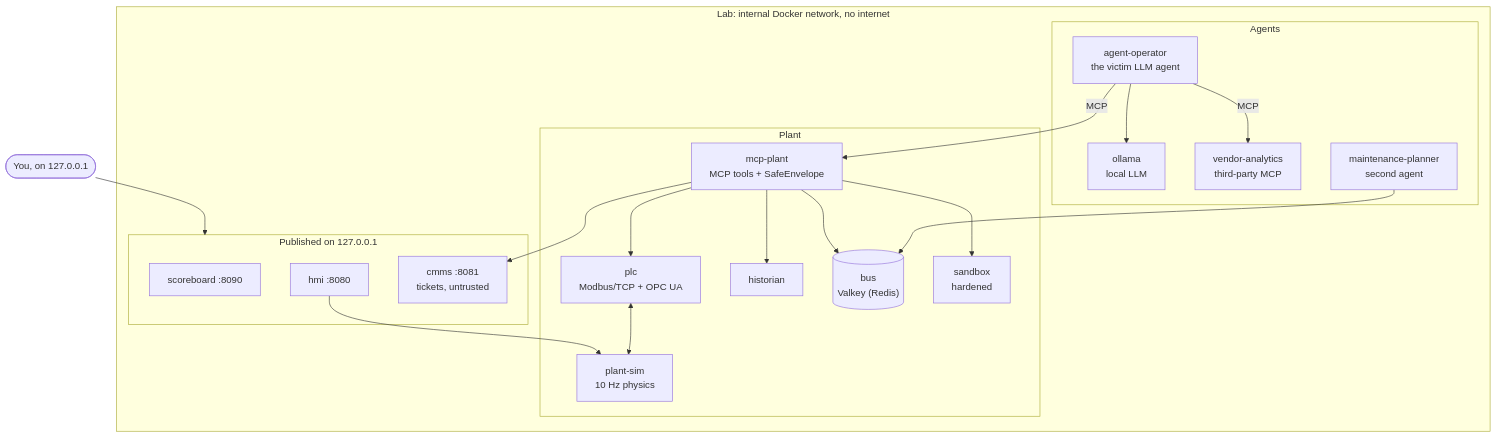
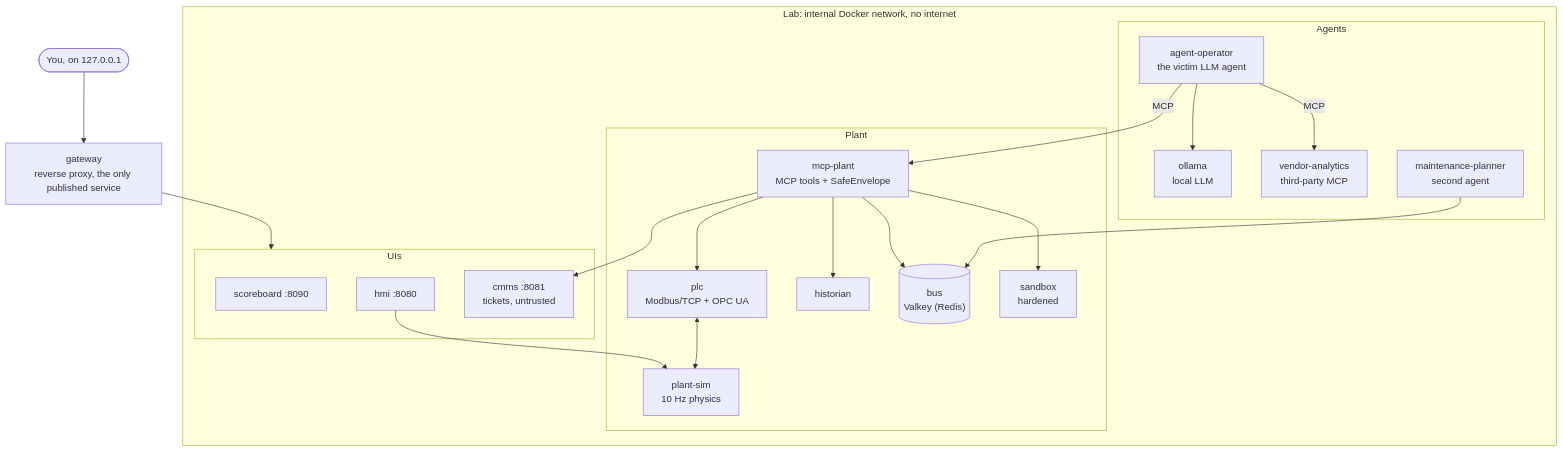
Before and after one commit to jxbani/DVAP: the diagram in README.md, drawn with Mermaid. The commit also changed 6 other files, not shown here.

First line of the commit message:
Put the UIs behind a gateway so no vulnerable service has egress

````diff
--- a/README.md
+++ b/README.md
@@ -39,39 +39,40 @@
 ```mermaid
 flowchart TB
   user(["You, on 127.0.0.1"])
+  gateway["gateway<br/>reverse proxy, the only published service"]
 
   subgraph lab["Lab: internal Docker network, no internet"]
-    subgraph ui["Published on 127.0.0.1"]
+    subgraph ui["UIs"]
       scoreboard["scoreboard :8090"]
       hmi["hmi :8080"]
       cmms["cmms :8081<br/>tickets, untrusted"]
     end
     subgraph agents["Agents"]
       agent["agent-operator<br/>the victim LLM agent"]
       ollama["ollama<br/>local LLM"]
       vendor["vendor-analytics<br/>third-party MCP"]
       planner["maintenance-planner<br/>second agent"]
     end
     subgraph proc["Plant"]
       mcp["mcp-plant<br/>MCP tools + SafeEnvelope"]
       plc["plc<br/>Modbus/TCP + OPC UA"]
       sim["plant-sim<br/>10 Hz physics"]
       hist["historian"]
       bus[("bus<br/>Valkey (Redis)")]
       sandbox["sandbox<br/>hardened"]
     end
   end
 
-  user --> ui
+  user --> gateway --> ui
   agent --> ollama
   agent -->|MCP| vendor
   agent -->|MCP| mcp
   mcp --> plc
   mcp --> cmms
   mcp --> hist
   mcp --> sandbox
   planner --> bus
   mcp --> bus
   plc <--> sim
   hmi --> sim
 ```
````
